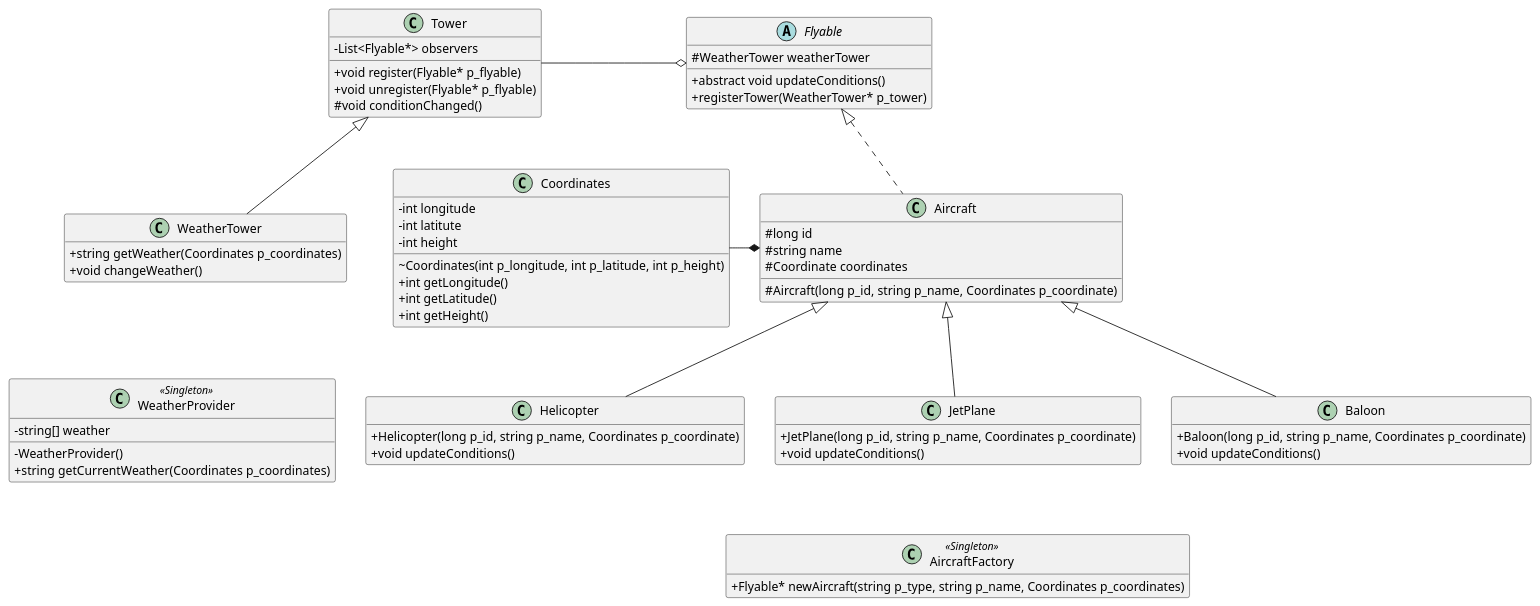
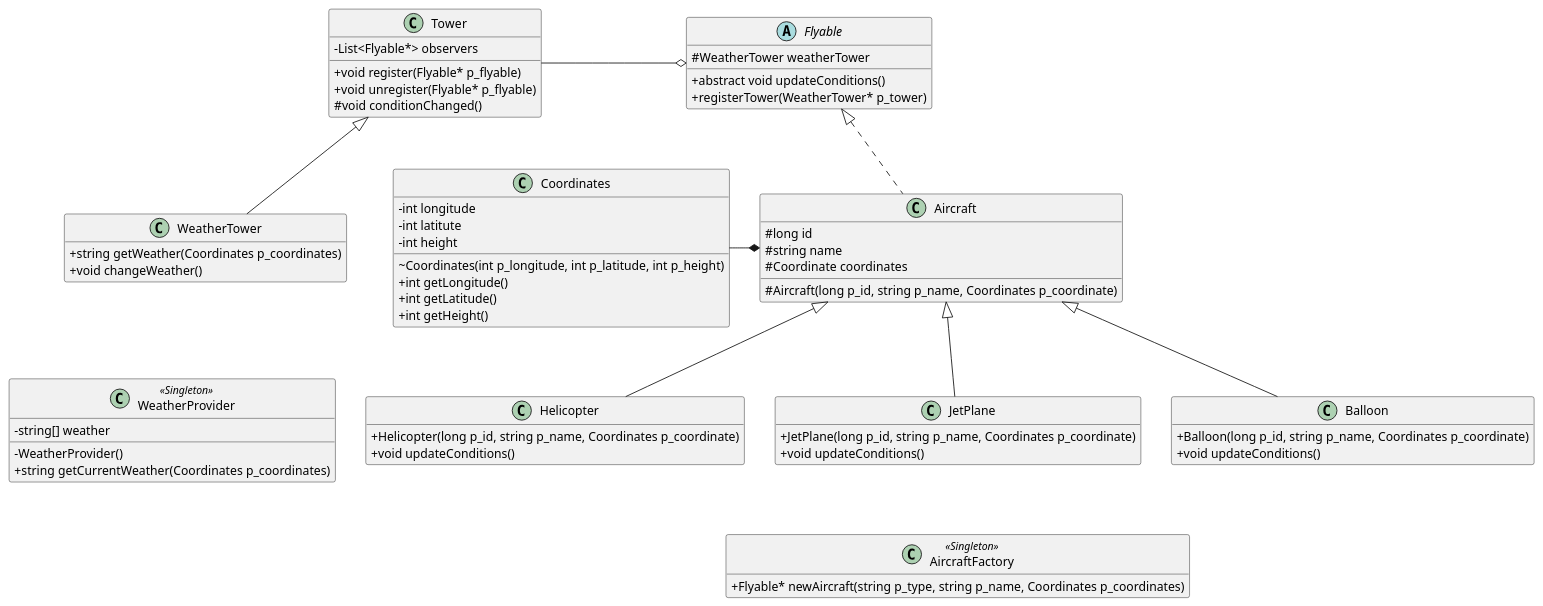
Before and after one commit to rcortes-b/Java: the diagram in avaj-launcher/global.puml, drawn with PlantUML. The commit also changed 10 other files, not shown here.

```diff
--- a/avaj-launcher/global.puml
+++ b/avaj-launcher/global.puml
@@ -1,85 +1,85 @@
 @startuml
 skinparam classAttributeIconSize 0
 hide empty members
 class Tower
 {
 - List<Flyable*> observers
 +void register(Flyable* p_flyable)
 +void unregister(Flyable* p_flyable)
 #void conditionChanged()
 }
 
 class WeatherTower
 {
 +string getWeather(Coordinates p_coordinates)
 +void changeWeather()
 }
 
 class WeatherProvider <<Singleton>>
 {
 -string[] weather
 -WeatherProvider()
 +string getCurrentWeather(Coordinates p_coordinates)
 }
 
 class Coordinates
 {
 -int longitude
 -int latitute
 -int height
 ~Coordinates(int p_longitude, int p_latitude, int p_height)
 +int getLongitude()
 +int getLatitude()
 +int getHeight()
 }
 
 class Aircraft
 {
 #long id
 #string name
 #Coordinate coordinates
 #Aircraft(long p_id, string p_name, Coordinates p_coordinate)
 }
 
 abstract Flyable
 {
 #WeatherTower weatherTower
 +abstract void updateConditions()
 +registerTower(WeatherTower* p_tower)
 }
 
 class Helicopter
 {
 +Helicopter(long p_id, string p_name, Coordinates p_coordinate)
 +void updateConditions()
 }
 
 class JetPlane
 {
 +JetPlane(long p_id, string p_name, Coordinates p_coordinate)
 +void updateConditions()
 }
 
-class Baloon
+class Balloon
 {
-+Baloon(long p_id, string p_name, Coordinates p_coordinate)
++Balloon(long p_id, string p_name, Coordinates p_coordinate)
 +void updateConditions()
 }
 
 class AircraftFactory <<Singleton>>
 {
 +Flyable* newAircraft(string p_type, string p_name, Coordinates p_coordinates)
 }
 
 Tower <|-- WeatherTower
 Tower -o Flyable
 Coordinates -* Aircraft
 Flyable <|.. Aircraft 
 Aircraft <|-- Helicopter
 Aircraft <|-- JetPlane
-Aircraft <|-- Baloon
+Aircraft <|-- Balloon
 
 JetPlane -[hidden]- AircraftFactory
 WeatherTower -[hidden]- WeatherProvider
 
 @enduml
```
